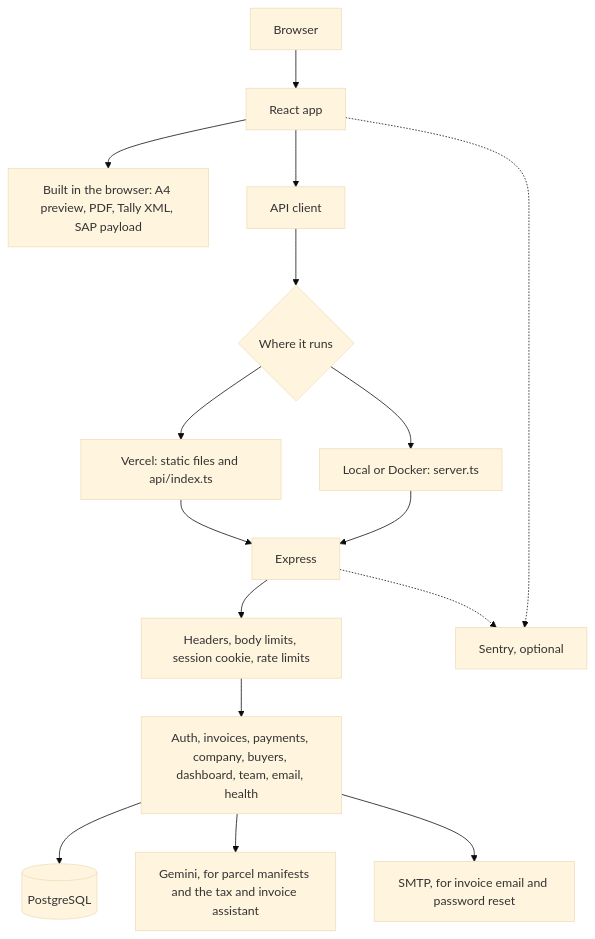
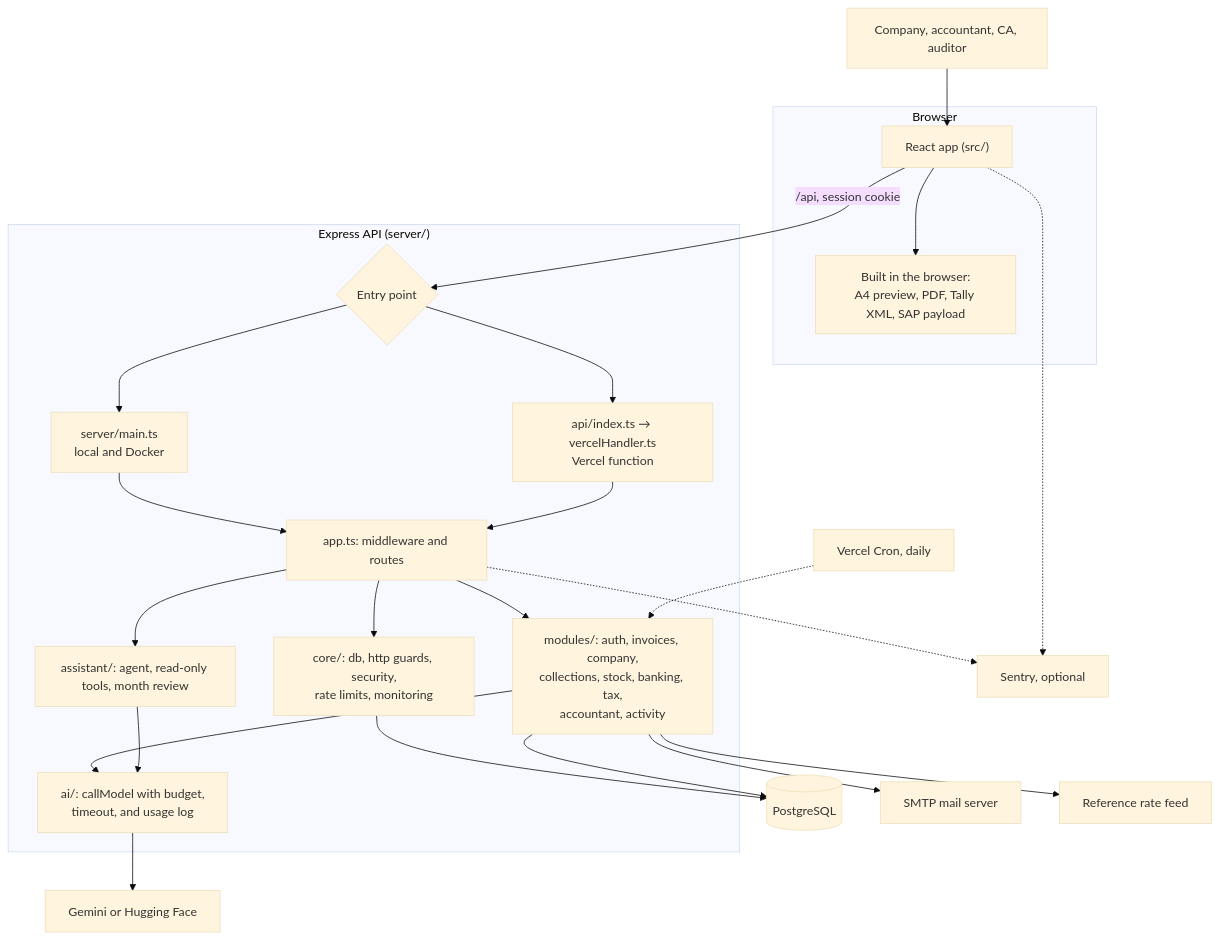
Before and after one commit to ladkrutarth/diamledger: the first of 6 diagrams in README.md, drawn with Mermaid (base theme). The commit also changed other lines of this file and 172 other files, not shown here.

````diff
--- a/README.md
+++ b/README.md
@@ -11,18 +95,35 @@
 ```mermaid
 flowchart TB
-  browser["Browser"] --> spa["React app"]
-  spa --> local["Built in the browser: A4 preview, PDF, Tally XML, SAP payload"]
-  spa --> client["API client"]
-  client --> host{"Where it runs"}
-  host --> vercel["Vercel: static files and api/index.ts"]
-  host --> node["Local or Docker: server.ts"]
-  vercel --> express["Express"]
-  node --> express
-  express --> guard["Headers, body limits, session cookie, rate limits"]
-  guard --> routes["Auth, invoices, payments, company, buyers, dashboard, team, email, health"]
-  routes --> db[("PostgreSQL")]
-  routes --> gemini["Gemini, for parcel manifests and the tax and invoice assistant"]
-  routes --> smtp["SMTP, for invoice email and password reset"]
-  express -.-> sentry["Sentry, optional"]
+  user["Company, accountant, CA, auditor"] --> spa
+
+  subgraph Browser
+    spa["React app (src/)"]
+    files["Built in the browser:<br/>A4 preview, PDF, Tally XML, SAP payload"]
+    spa --> files
+  end
+
+  spa -- "/api, session cookie" --> entry
+
+  subgraph Server["Express API (server/)"]
+    entry{"Entry point"}
+    entry --> local["server/main.ts<br/>local and Docker"]
+    entry --> vercel["api/index.ts → vercelHandler.ts<br/>Vercel function"]
+    local --> app
+    vercel --> app
+    app["app.ts: middleware and routes"]
+    app --> core["core/: db, http guards, security,<br/>rate limits, monitoring"]
+    app --> modules["modules/: auth, invoices, company,<br/>collections, stock, banking, tax,<br/>accountant, activity"]
+    app --> assistant["assistant/: agent, read-only tools, month review"]
+    modules --> ai["ai/: callModel with budget,<br/>timeout, and usage log"]
+    assistant --> ai
+  end
+
+  core --> db[("PostgreSQL")]
+  modules --> db
+  ai --> llm["Gemini or Hugging Face"]
+  modules --> smtp["SMTP mail server"]
+  modules --> rates["Reference rate feed"]
+  cron["Vercel Cron, daily"] -.-> modules
+  app -.-> sentry["Sentry, optional"]
   spa -.-> sentry
 ```
````
